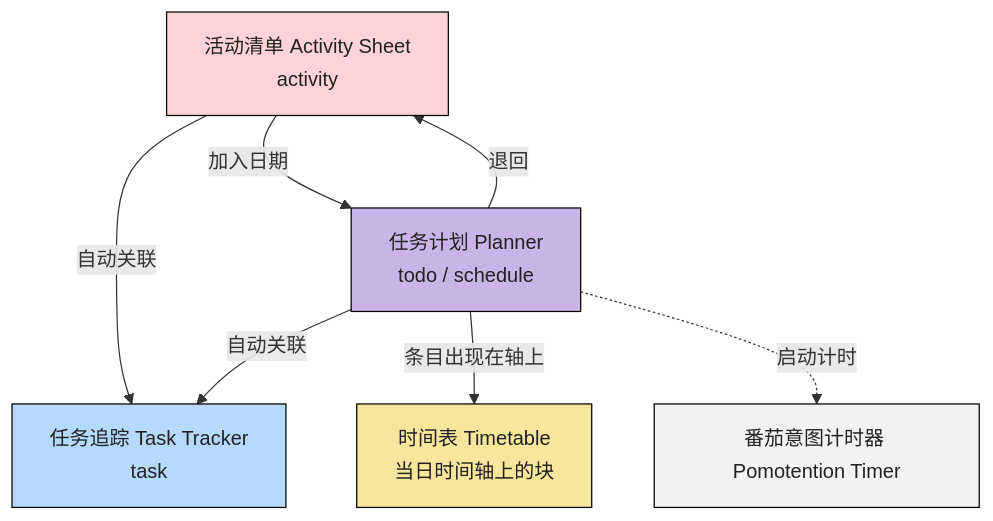
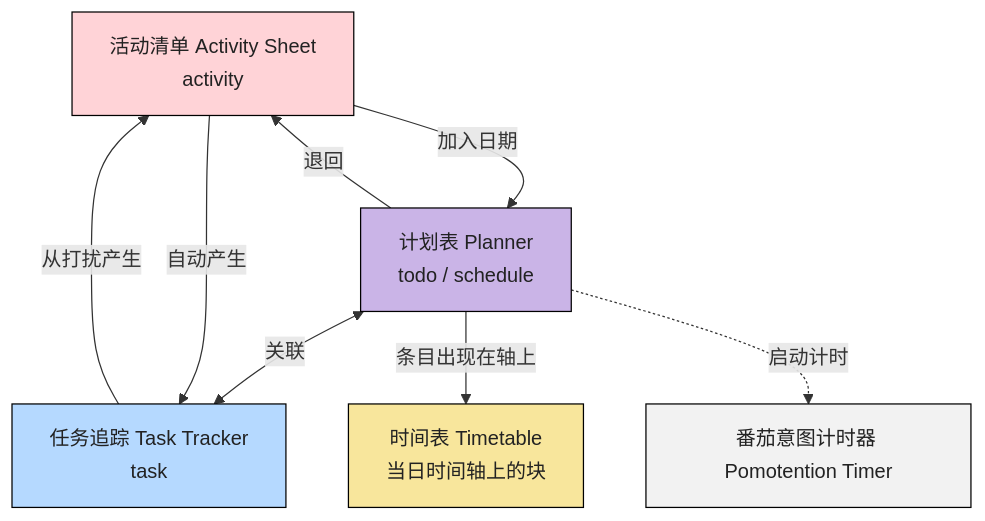
The diagram in docs/guide/reference/workflow.md (Xeonilian/pomotention), drawn with Mermaid before and after one commit. The commit also changed other lines of this file and 24 other files, not shown here.

````diff
--- a/docs/guide/reference/workflow.md
+++ b/docs/guide/reference/workflow.md
@@ -23,28 +23,29 @@
 ```mermaid
 flowchart TB
   classDef default line-height:1.65,color:#222,stroke:black,stroke-width:1px
   classDef red fill:#FFD3D7
   classDef blue fill:#B5D9FF
   classDef yellow fill:#F8E69C
   classDef purple fill:#CAB4E7
   classDef white fill:#f2f2f2
   AS["活动清单 Activity Sheet<br/>activity"]
-  PL["任务计划 Planner<br/>todo / schedule"]
+  PL["计划表 Planner<br/>todo / schedule"]
+  TK["任务追踪 Task Tracker<br/>task "]
   TT["时间表 Timetable<br/>当日时间轴上的块"]
-  TK["任务追踪 Task Tracker<br/>task "]
   PM["番茄意图计时器 Pomotention Timer"]
 
+  TK -->|"从打扰产生"| AS
+  PL <--> |"关联"| TK
   AS -->|"加入日期"| PL
   PL -->|"退回"| AS
-  AS -->|"自动关联"| TK
-  PL -->|"自动关联"| TK
+  AS -->|"自动产生"| TK
   PL -->|"条目出现在轴上"| TT
   PL -.->|"启动计时"| PM
   class AS,PL,TT,TK,PM default
   class AS red
   class PL purple
   class TT yellow
   class TK blue
   class PM white
 
 ```
````
